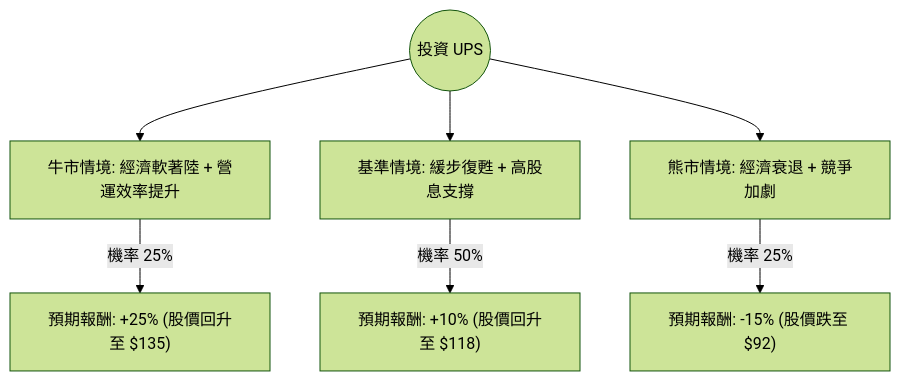
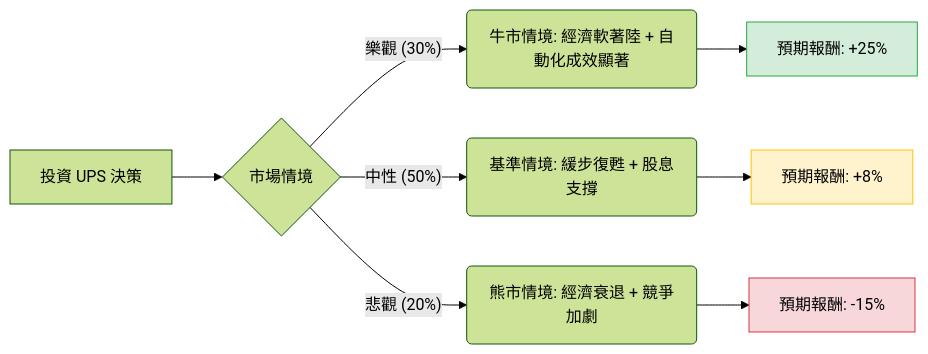
The diagram in plugin-react/ai-analysis/ev-analysis/UPS.md (zmcx16/zmcx16.github.io), drawn with Mermaid (forest theme) before and after one commit. The commit also changed other lines of this file and 85 other files, not shown here.

````diff
--- a/plugin-react/ai-analysis/ev-analysis/UPS.md
+++ b/plugin-react/ai-analysis/ev-analysis/UPS.md
@@ -19,10 +21,16 @@
 ```mermaid
-graph TD
-    Start((投資 UPS)) --> Bull[牛市情境: 經濟軟著陸 + 營運效率提升]
-    Start --> Base[基準情境: 緩步復甦 + 高股息支撐]
-    Start --> Bear[熊市情境: 經濟衰退 + 競爭加劇]
+graph LR
+    A[投資 UPS 決策] --> B{市場情境}
+    
+    B -- 樂觀 (30%) --> C(牛市情境: 經濟軟著陸 + 自動化成效顯著)
+    B -- 中性 (50%) --> D(基準情境: 緩步復甦 + 股息支撐)
+    B -- 悲觀 (20%) --> E(熊市情境: 經濟衰退 + 競爭加劇)
 
-    Bull -- "機率 25%" --> Bull_EV["預期報酬: +25% (股價回升至 $135)"]
-    Base -- "機率 50%" --> Base_EV["預期報酬: +10% (股價回升至 $118)"]
-    Bear -- "機率 25%" --> Bear_EV["預期報酬: -15% (股價跌至 $92)"]
+    C --> C1[預期報酬: +25%]
+    D --> D1[預期報酬: +8%]
+    E --> E1[預期報酬: -15%]
+
+    style C1 fill:#d4edda,stroke:#28a745
+    style D1 fill:#fff3cd,stroke:#ffc107
+    style E1 fill:#f8d7da,stroke:#dc3545
 ```
````
